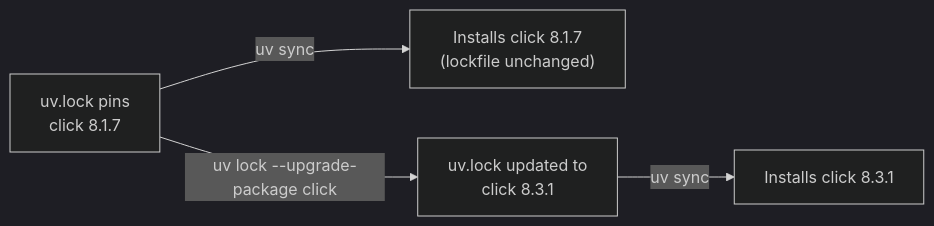
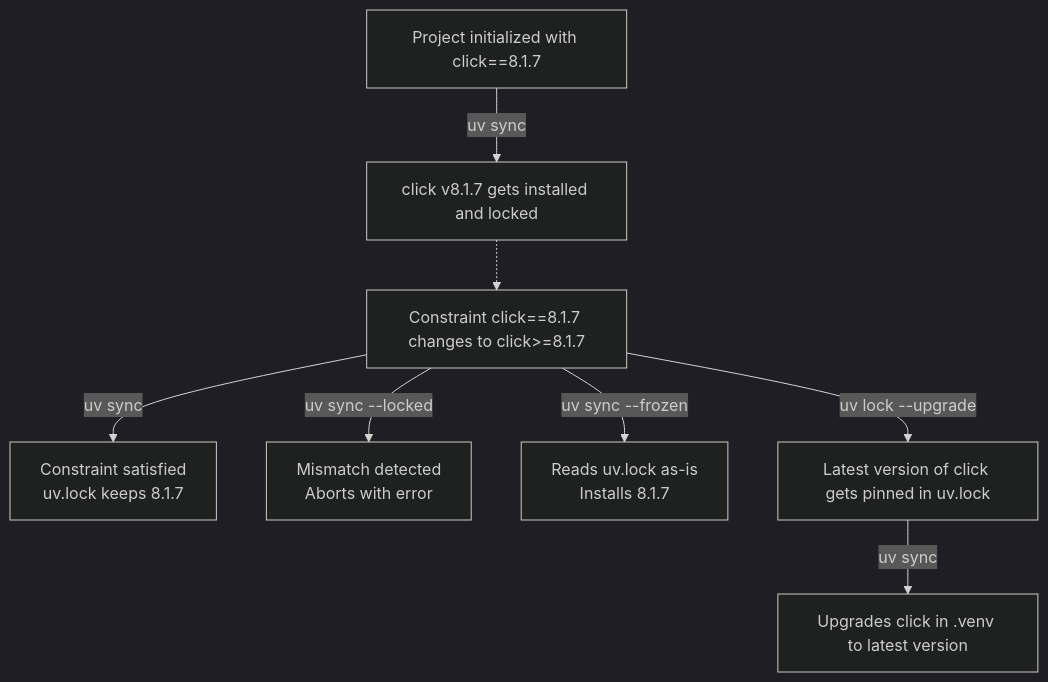
The second of 2 diagrams in docs/technical-documentation/development/project-overview.md (ValentinTwin1206/deply-dependency-manager), drawn with Mermaid (dark theme) before and after one commit. The commit also changed other lines of this file and 5 other files, not shown here.

````diff
--- a/docs/technical-documentation/development/project-overview.md
+++ b/docs/technical-documentation/development/project-overview.md
@@ -352,6 +464,11 @@
 ```mermaid
-flowchart LR
-    A["uv.lock pins<br>click 8.1.7"] -->|uv sync| B["Installs click 8.1.7<br>(lockfile unchanged)"]
-    A -->|uv lock --upgrade-package click| C["uv.lock updated to<br>click 8.3.1"]
-    C -->|uv sync| D["Installs click 8.3.1"]
+flowchart TD
+    A["Project initialized with click==8.1.7"]
+    A -->|uv sync| B["click v8.1.7 gets installed and locked"]
+    B -.->C["Constraint click==8.1.7 changes to click>=8.1.7"]
+    C -->|uv sync| D["Constraint satisfied<br>uv.lock keeps 8.1.7"]
+    C -->|uv sync --locked| E["Mismatch detected<br>Aborts with error"]
+    C -->|uv sync --frozen| F["Reads uv.lock as-is<br>Installs 8.1.7"]
+    C -->|uv lock --upgrade| G["Latest version of click gets pinned in uv.lock"]
+    G -->|uv sync| H["Upgrades click in .venv to latest version"]
 ```
````
